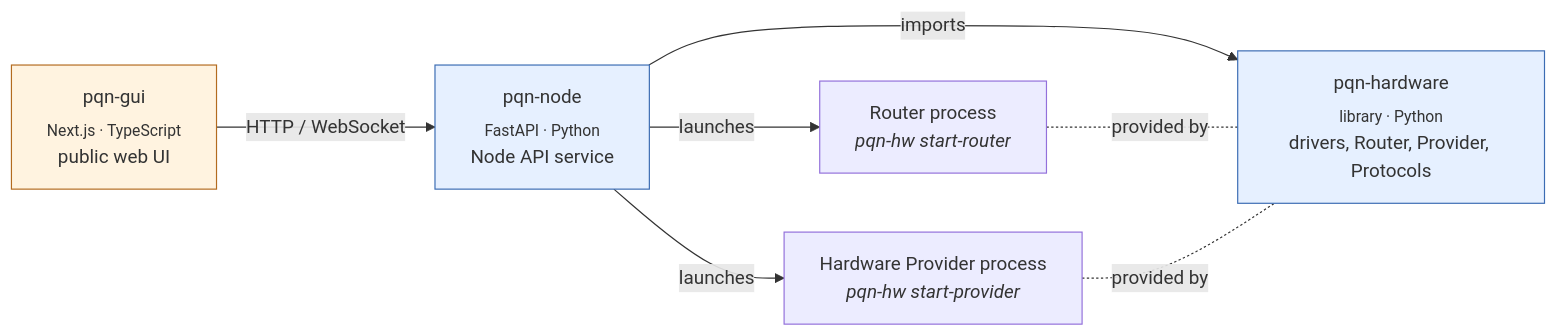
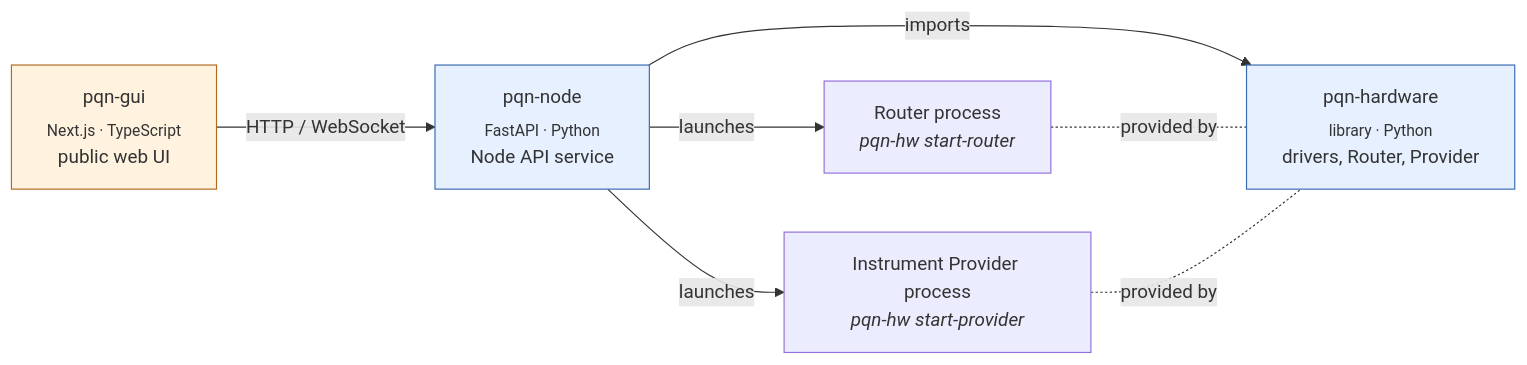
The third of 5 diagrams in docs/overview/software-map.md (PublicQuantumNetwork/pqn-docs), drawn with Mermaid before and after one commit. The commit also changed other lines of this file and 6 other files, not shown here.

Commit message:
Refine documentation to align terminology (`Instrument Provider`), add placeholders for detailed content, and improve clarity in structure and language.

````diff
--- a/docs/overview/software-map.md
+++ b/docs/overview/software-map.md
@@ -89,16 +89,16 @@
 ```{mermaid}
 flowchart LR
     GUI["pqn-gui<br/><sub>Next.js · TypeScript</sub><br/>public web UI"]:::ts
     Node["pqn-node<br/><sub>FastAPI · Python</sub><br/>Node API service"]:::py
-    HW["pqn-hardware<br/><sub>library · Python</sub><br/>drivers, Router, Provider, Protocols"]:::py
+    HW["pqn-hardware<br/><sub>library · Python</sub><br/>drivers, Router, Provider"]:::py
 
     GUI -- HTTP / WebSocket --> Node
     Node -- imports --> HW
     Node -- launches --> RouterProc["Router process<br/><i>pqn-hw start-router</i>"]
-    Node -- launches --> ProviderProc["Hardware Provider process<br/><i>pqn-hw start-provider</i>"]
+    Node -- launches --> ProviderProc["Instrument Provider process<br/><i>pqn-hw start-provider</i>"]
     RouterProc -. provided by .- HW
     ProviderProc -. provided by .- HW
 
     classDef py fill:#e6f0ff,stroke:#3b6cb3;
     classDef ts fill:#fff3e0,stroke:#b36b1f;
 ```
````
